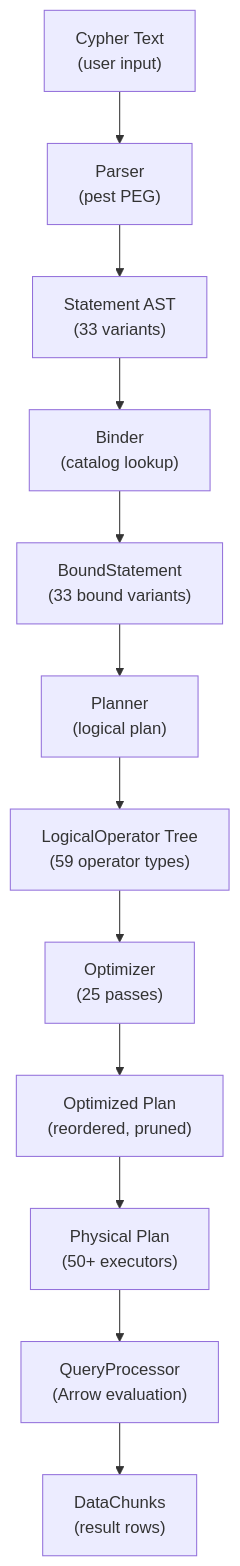
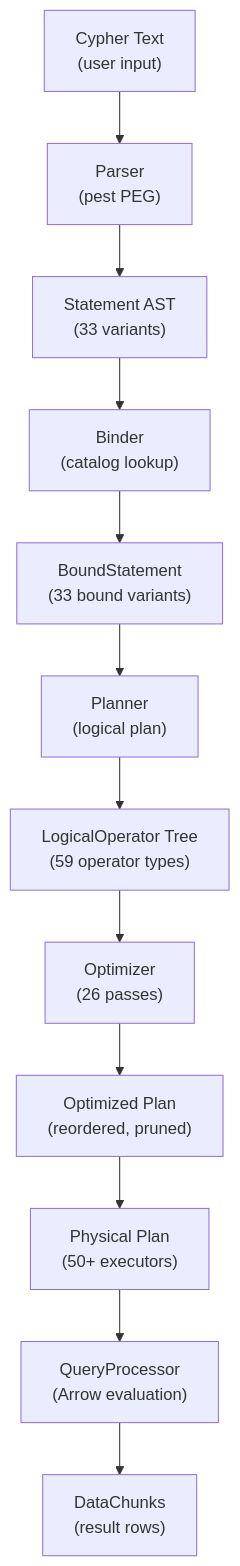
The diagram in .terrain/human/4.Deep-Exploration/query-pipeline.md (mlengse/akar), drawn with Mermaid before and after one commit. The commit also changed other lines of this file and 8 other files, not shown here.

````diff
--- a/.terrain/human/4.Deep-Exploration/query-pipeline.md
+++ b/.terrain/human/4.Deep-Exploration/query-pipeline.md
@@ -46,14 +46,14 @@
 ```mermaid
 flowchart TD
     A["Cypher Text<br/>(user input)"] --> B["Parser<br/>(pest PEG)"]
     B --> C["Statement AST<br/>(33 variants)"]
     C --> D["Binder<br/>(catalog lookup)"]
     D --> E["BoundStatement<br/>(33 bound variants)"]
     E --> F["Planner<br/>(logical plan)"]
     F --> G["LogicalOperator Tree<br/>(59 operator types)"]
-    G --> H["Optimizer<br/>(25 passes)"]
+    G --> H["Optimizer<br/>(26 passes)"]
     H --> I["Optimized Plan<br/>(reordered, pruned)"]
     I --> J["Physical Plan<br/>(50+ executors)"]
     J --> K["QueryProcessor<br/>(Arrow evaluation)"]
     K --> L["DataChunks<br/>(result rows)"]
 ```
````
